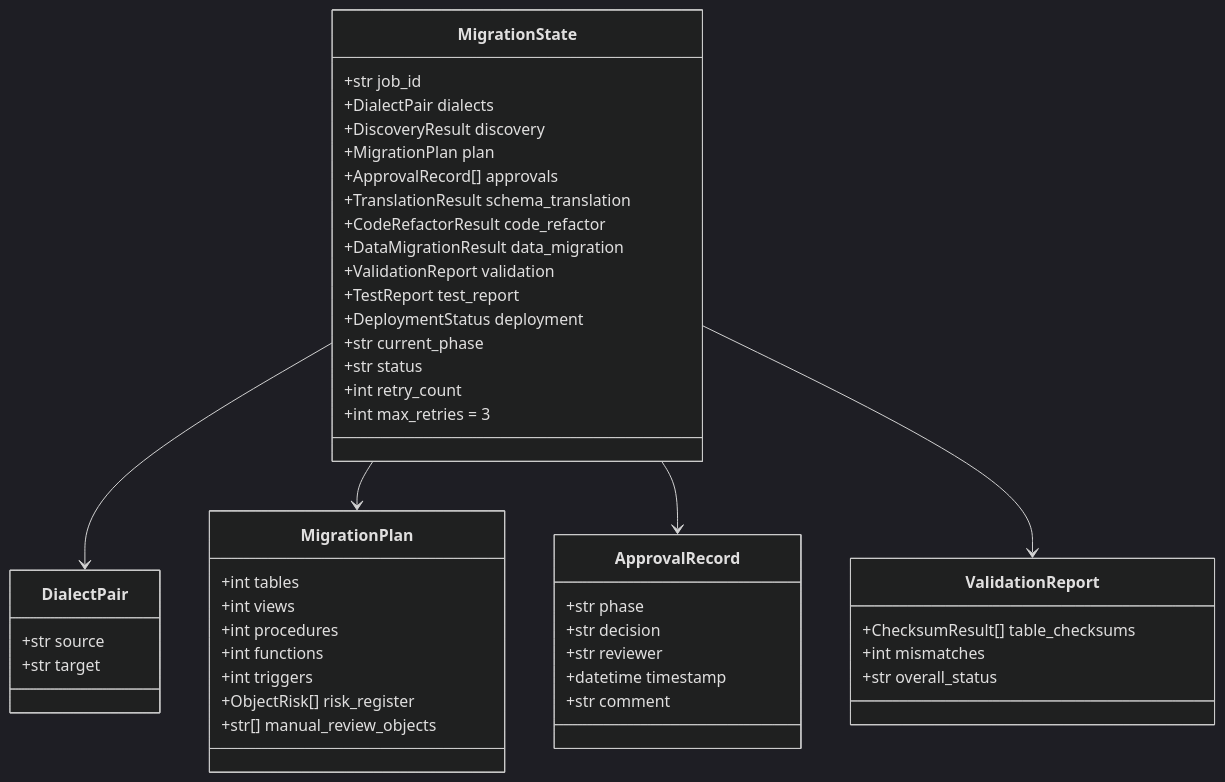
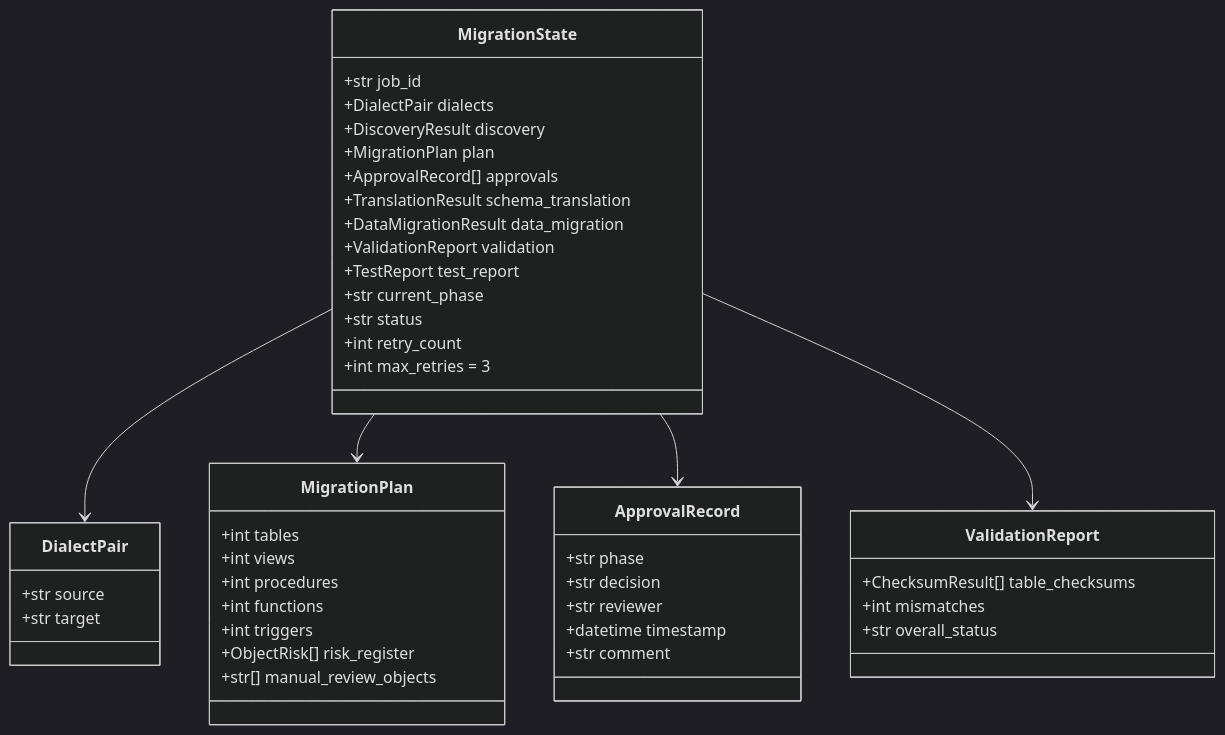
The sixth of 15 diagrams in docs/architecture.md (dev-patel-ness/Agentic-AI-Database-Migration), drawn with Mermaid (dark theme) before and after one commit. The commit also changed other lines of this file and 7 other files, not shown here.

Commit message:
Remove implementation plan and job ID file; update PowerPoint outline with detailed architecture, workflow, and demo scenarios for the Agentic AI-Powered Database Migration Platform.

````diff
--- a/docs/architecture.md
+++ b/docs/architecture.md
@@ -347,49 +312,47 @@
 ```mermaid
 classDiagram
     class MigrationState {
         +str job_id
         +DialectPair dialects
         +DiscoveryResult discovery
         +MigrationPlan plan
         +ApprovalRecord[] approvals
         +TranslationResult schema_translation
-        +CodeRefactorResult code_refactor
         +DataMigrationResult data_migration
         +ValidationReport validation
         +TestReport test_report
-        +DeploymentStatus deployment
         +str current_phase
         +str status
         +int retry_count
         +int max_retries = 3
     }
     class DialectPair {
         +str source
         +str target
     }
     class MigrationPlan {
         +int tables
         +int views
         +int procedures
         +int functions
         +int triggers
         +ObjectRisk[] risk_register
         +str[] manual_review_objects
     }
     class ApprovalRecord {
         +str phase
         +str decision
         +str reviewer
         +datetime timestamp
         +str comment
     }
     class ValidationReport {
         +ChecksumResult[] table_checksums
         +int mismatches
         +str overall_status
     }
     MigrationState --> DialectPair
     MigrationState --> MigrationPlan
     MigrationState --> ApprovalRecord
     MigrationState --> ValidationReport
 ```
````
